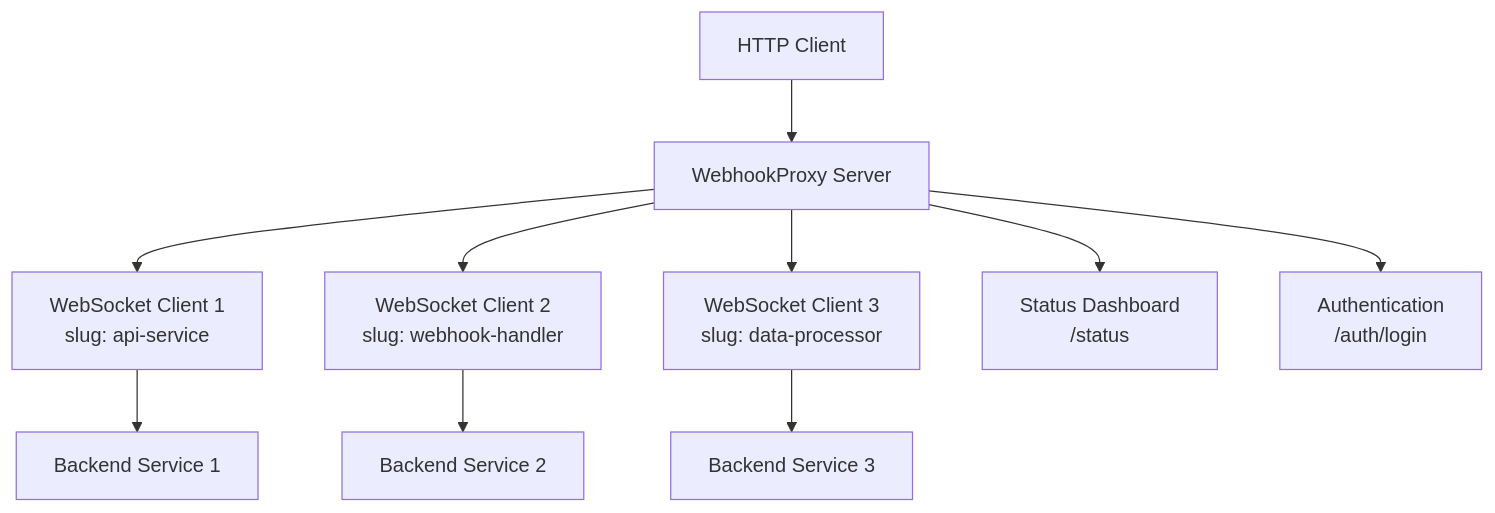
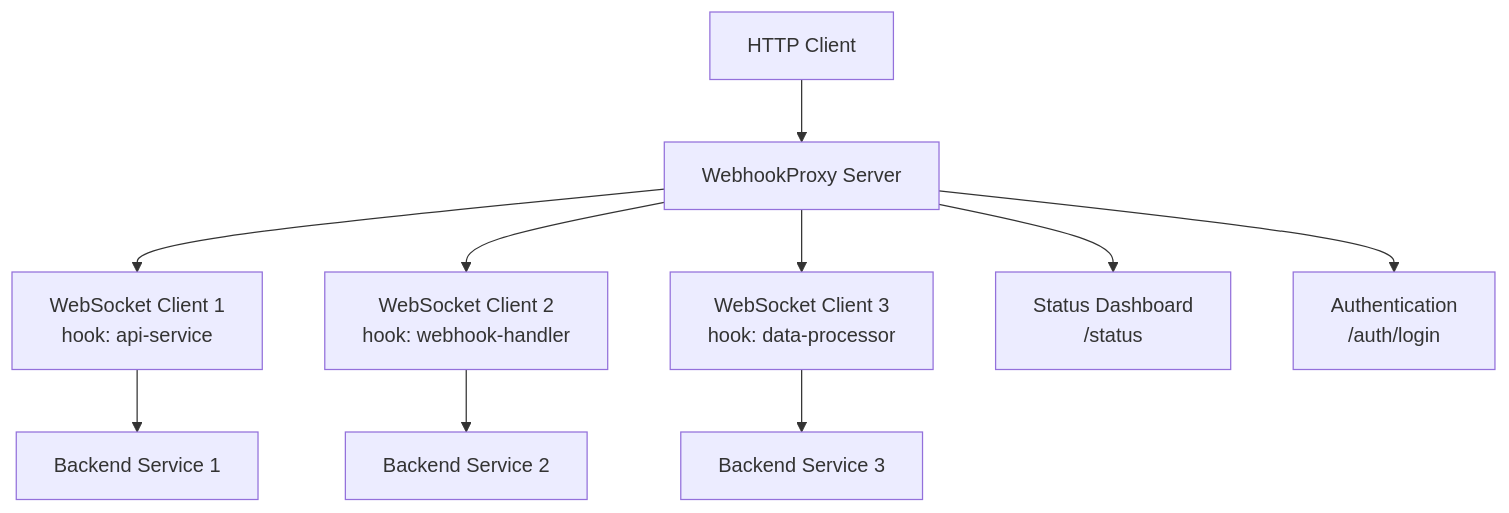
One commit to jabcom/webhookproxy changed the first of 2 diagrams in README.md. Above: the diagram before and after it, drawn with Mermaid. The commit also changed other lines of this file and 3 other files, not shown here.

Commit message:
Refactor webhook handling in WebhookProxy to use a consistent URL structure. Update request processing to validate hook names and improve error handling. Enhance documentation and status page to reflect new webhook endpoint format.

````diff
--- a/README.md
+++ b/README.md
@@ -20,14 +20,14 @@
 ```mermaid
 graph TB
     Client[HTTP Client] --> Proxy[WebhookProxy Server]
-    Proxy --> WS1[WebSocket Client 1<br/>slug: api-service]
-    Proxy --> WS2[WebSocket Client 2<br/>slug: webhook-handler]
-    Proxy --> WS3[WebSocket Client 3<br/>slug: data-processor]
+    Proxy --> WS1[WebSocket Client 1<br/>hook: api-service]
+    Proxy --> WS2[WebSocket Client 2<br/>hook: webhook-handler]
+    Proxy --> WS3[WebSocket Client 3<br/>hook: data-processor]
     
     WS1 --> Backend1[Backend Service 1]
     WS2 --> Backend2[Backend Service 2]
     WS3 --> Backend3[Backend Service 3]
     
     Proxy --> Status[Status Dashboard<br/>/status]
     Proxy --> Auth[Authentication<br/>/auth/login]
 ```
````
